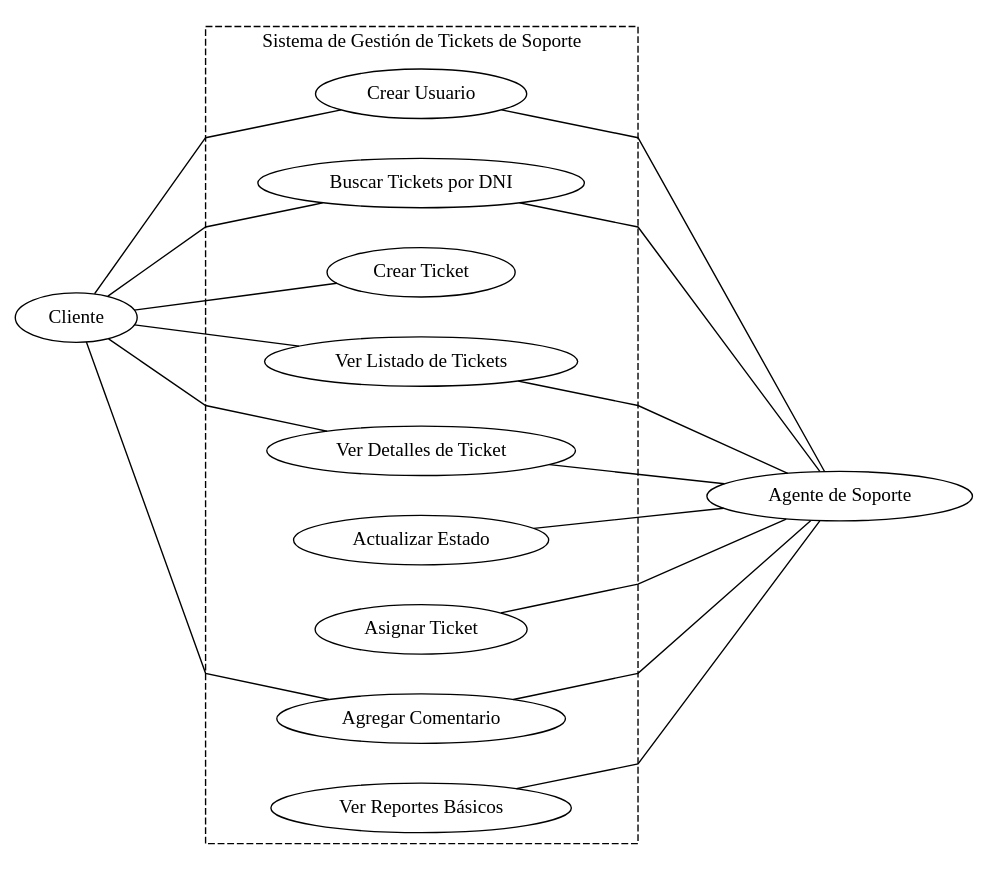
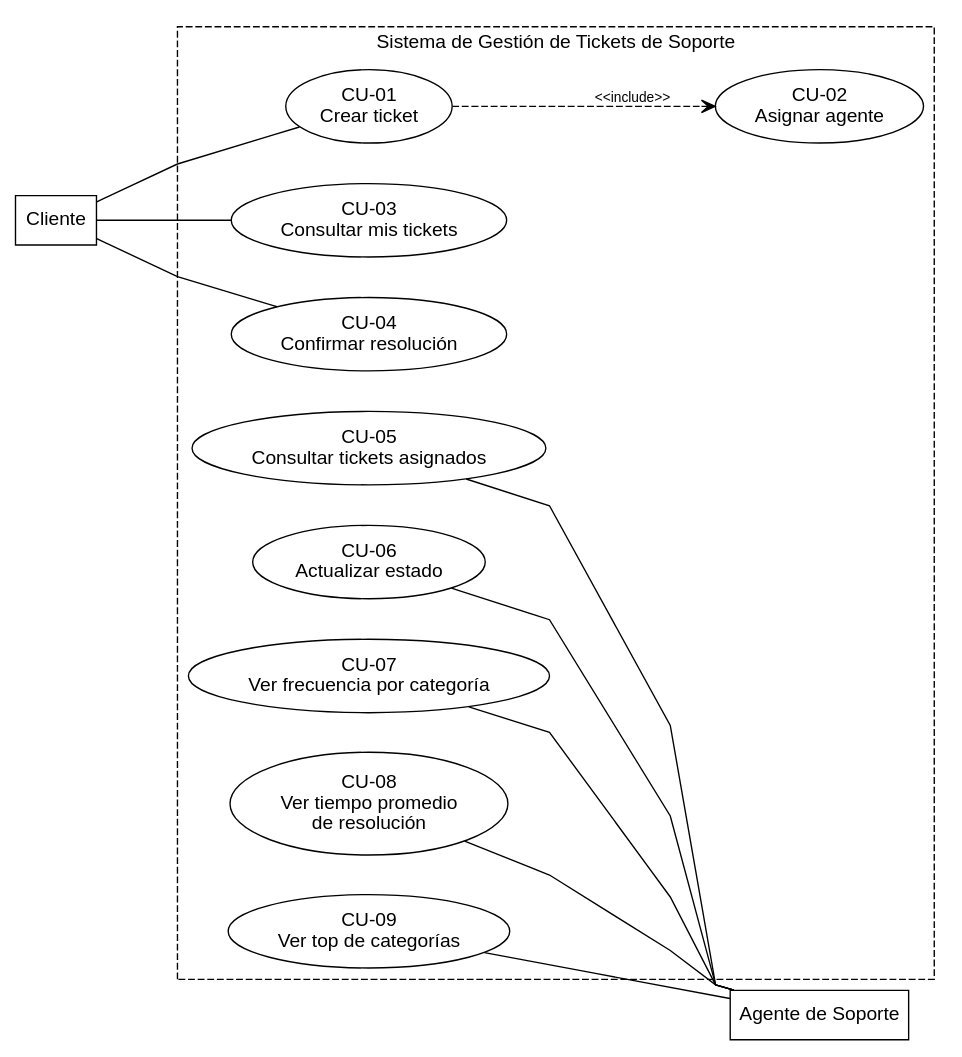
The diagram in documentacion/13_casos_de_uso.md (lucho-peralta/gestionTickets), drawn with Graphviz before and after one commit. The commit also changed other lines of this file and 32 other files, not shown here.

````diff
--- a/documentacion/13_casos_de_uso.md
+++ b/documentacion/13_casos_de_uso.md
@@ -9,44 +11,41 @@
 ```dot
 digraph CasosDeUso {
     rankdir=LR;
     splines=polyline;
     nodesep=0.4;
-    ranksep=0.8;
-    node [shape=ellipse];
-    edge [dir=none];
+    ranksep=0.9;
+    fontname="Helvetica,Arial,sans-serif";
+    node [fontname="Helvetica,Arial,sans-serif", shape=ellipse];
+    edge [fontname="Helvetica,Arial,sans-serif", fontsize=10, dir=none];
 
-    Cliente [label="Cliente"];
-    Agente [label="Agente de Soporte"];
+    Cliente [label="Cliente", shape=box];
+    Agente  [label="Agente de Soporte", shape=box];
 
     subgraph cluster_sistema {
         label="Sistema de Gestión de Tickets de Soporte";
         style=dashed;
 
-        UC1 [label="Crear Usuario"];
-        UC2 [label="Buscar Tickets por DNI"];
-        UC3 [label="Crear Ticket"];
-        UC4 [label="Ver Listado de Tickets"];
-        UC5 [label="Ver Detalles de Ticket"];
-        UC6 [label="Actualizar Estado"];
-        UC7 [label="Asignar Ticket"];
-        UC8 [label="Agregar Comentario"];
-        UC9 [label="Ver Reportes Básicos"];
+        UC1 [label="CU-01\nCrear ticket"];
+        UC2 [label="CU-02\nAsignar agente"];
+        UC3 [label="CU-03\nConsultar mis tickets"];
+        UC4 [label="CU-04\nConfirmar resolución"];
+        UC5 [label="CU-05\nConsultar tickets asignados"];
+        UC6 [label="CU-06\nActualizar estado"];
+        UC7 [label="CU-07\nVer frecuencia por categoría"];
+        UC8 [label="CU-08\nVer tiempo promedio\nde resolución"];
+        UC9 [label="CU-09\nVer top de categorías"];
     }
 
     Cliente -> UC1;
-    Cliente -> UC2;
     Cliente -> UC3;
     Cliente -> UC4;
-    Cliente -> UC5;
-    Cliente -> UC8;
 
-    UC1 -> Agente;
-    UC2 -> Agente;
-    UC4 -> Agente;
     UC5 -> Agente;
     UC6 -> Agente;
     UC7 -> Agente;
     UC8 -> Agente;
     UC9 -> Agente;
+
+    UC1 -> UC2 [label="<<include>>", style=dashed, dir=forward, arrowhead=open];
 }
 ```
````
